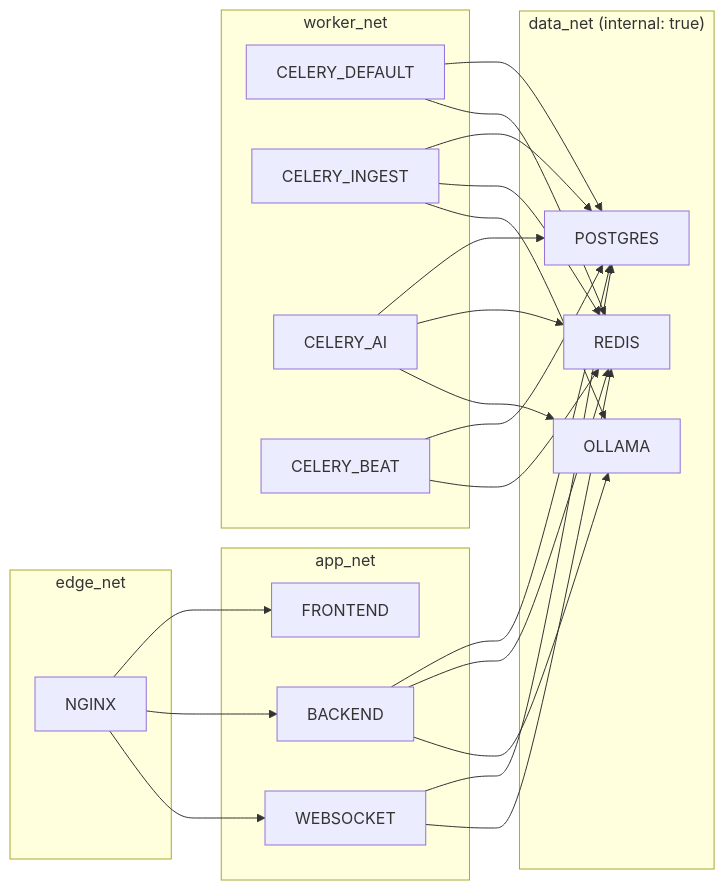
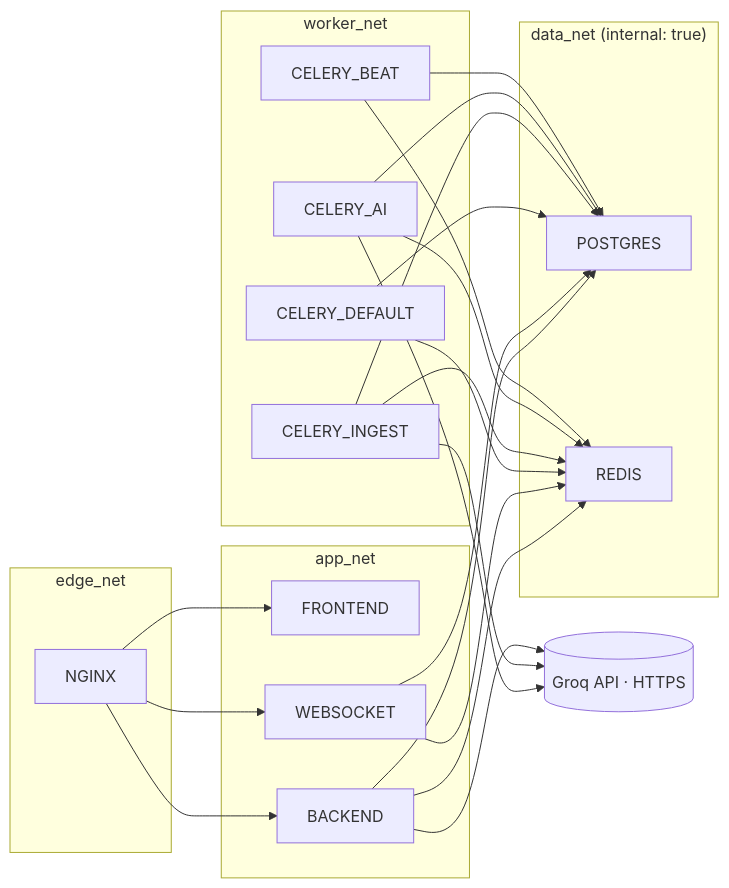
One commit to YoAndres2001/Capacitacion_IA changed the diagram in docs/08-docker-infra.md. Above: the diagram before and after it, drawn with Mermaid. The commit also changed other lines of this file and 118 other files, not shown here.

````diff
--- a/docs/08-docker-infra.md
+++ b/docs/08-docker-infra.md
@@ -23,26 +25,26 @@
 ```mermaid
 graph LR
     subgraph "edge_net"
         NGINX
     end
     subgraph "app_net"
         FRONTEND
         BACKEND
         WEBSOCKET
     end
     subgraph "worker_net"
         CELERY_DEFAULT
         CELERY_INGEST
         CELERY_AI
         CELERY_BEAT
     end
     subgraph "data_net (internal: true)"
         POSTGRES
         REDIS
-        OLLAMA
     end
+    GROQ[(Groq API · HTTPS)]
     NGINX --> FRONTEND & BACKEND & WEBSOCKET
     BACKEND & WEBSOCKET --> POSTGRES & REDIS
     CELERY_DEFAULT & CELERY_INGEST & CELERY_AI & CELERY_BEAT --> POSTGRES & REDIS
-    CELERY_AI & CELERY_INGEST & BACKEND --> OLLAMA
+    CELERY_AI & CELERY_INGEST & BACKEND --> GROQ
 ```
````
